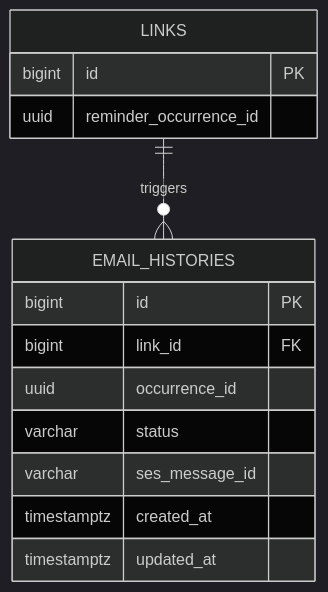
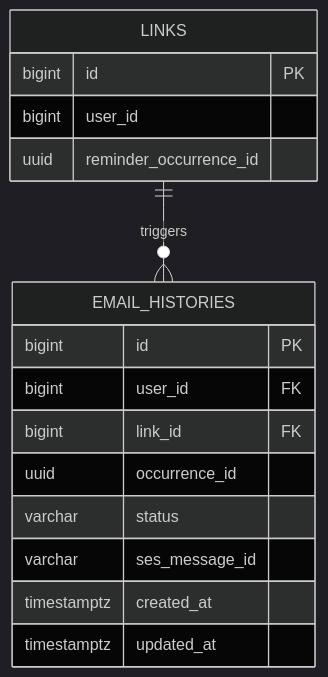
The diagram in docs/database/tables/email_histories.md (mash-up-kr/Promise.9-Server), drawn with Mermaid (dark theme) before and after one commit. The commit also changed other lines of this file and 9 other files, not shown here.

````diff
--- a/docs/database/tables/email_histories.md
+++ b/docs/database/tables/email_histories.md
@@ -7,19 +7,21 @@
 ```mermaid
 erDiagram
   LINKS ||--o{ EMAIL_HISTORIES : triggers
 
   LINKS {
     bigint id PK
+    bigint user_id
     uuid reminder_occurrence_id
   }
 
   EMAIL_HISTORIES {
     bigint id PK
+    bigint user_id FK
     bigint link_id FK
     uuid occurrence_id
     varchar status
     varchar ses_message_id
     timestamptz created_at
     timestamptz updated_at
   }
 ```
````
